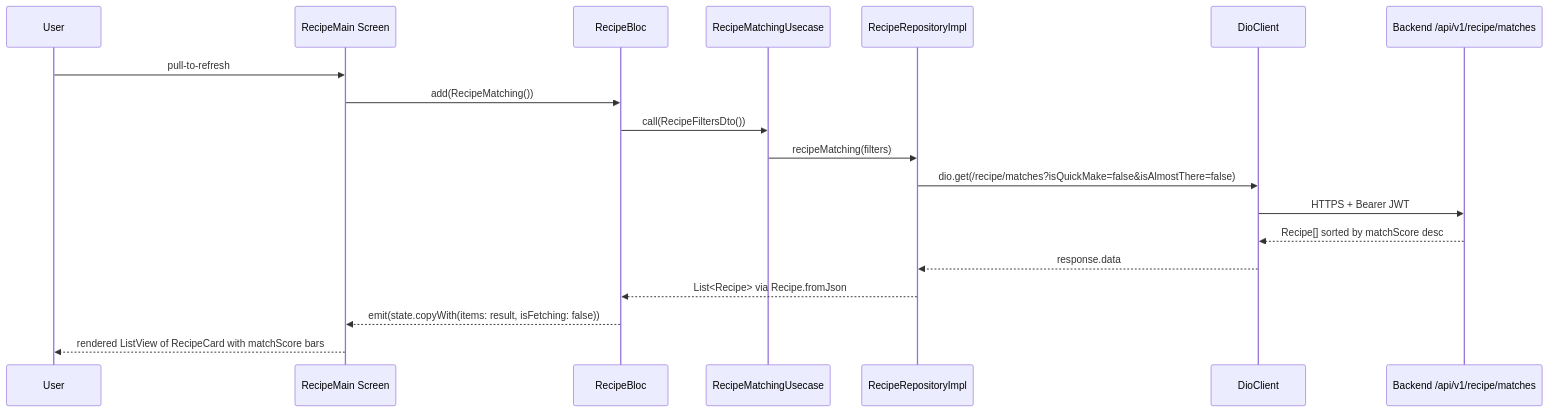
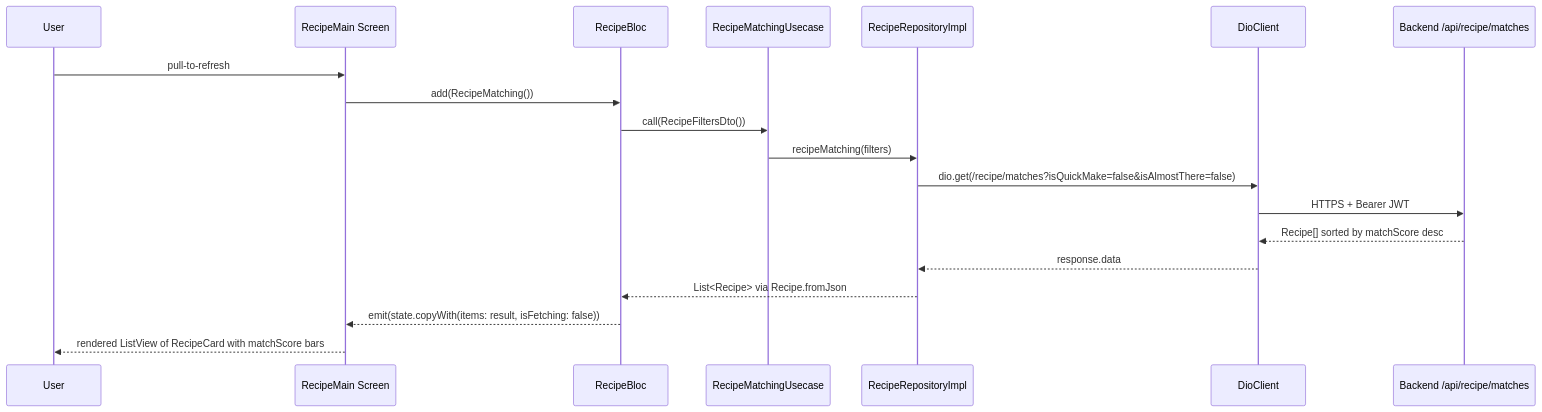
Before and after one commit to blitzy-public-samples/pantry-chef-traditional: the diagram in mobile/lib/features/recipe/README.md, drawn with Mermaid. The commit also changed other lines of this file and 72 other files, not shown here.

````diff
--- a/mobile/lib/features/recipe/README.md
+++ b/mobile/lib/features/recipe/README.md
@@ -90,21 +90,21 @@
 ```mermaid
 sequenceDiagram
     participant U as User
     participant S as RecipeMain Screen
     participant B as RecipeBloc
     participant UC as RecipeMatchingUsecase
     participant R as RecipeRepositoryImpl
     participant D as DioClient
-    participant API as Backend /api/v1/recipe/matches
+    participant API as Backend /api/recipe/matches
     U->>S: pull-to-refresh
     S->>B: add(RecipeMatching())
     B->>UC: call(RecipeFiltersDto())
     UC->>R: recipeMatching(filters)
     R->>D: dio.get(/recipe/matches?isQuickMake=false&isAlmostThere=false)
     D->>API: HTTPS + Bearer JWT
     API-->>D: Recipe[] sorted by matchScore desc
     D-->>R: response.data
     R-->>B: List<Recipe> via Recipe.fromJson
     B-->>S: emit(state.copyWith(items: result, isFetching: false))
     S-->>U: rendered ListView of RecipeCard with matchScore bars
 ```
````
